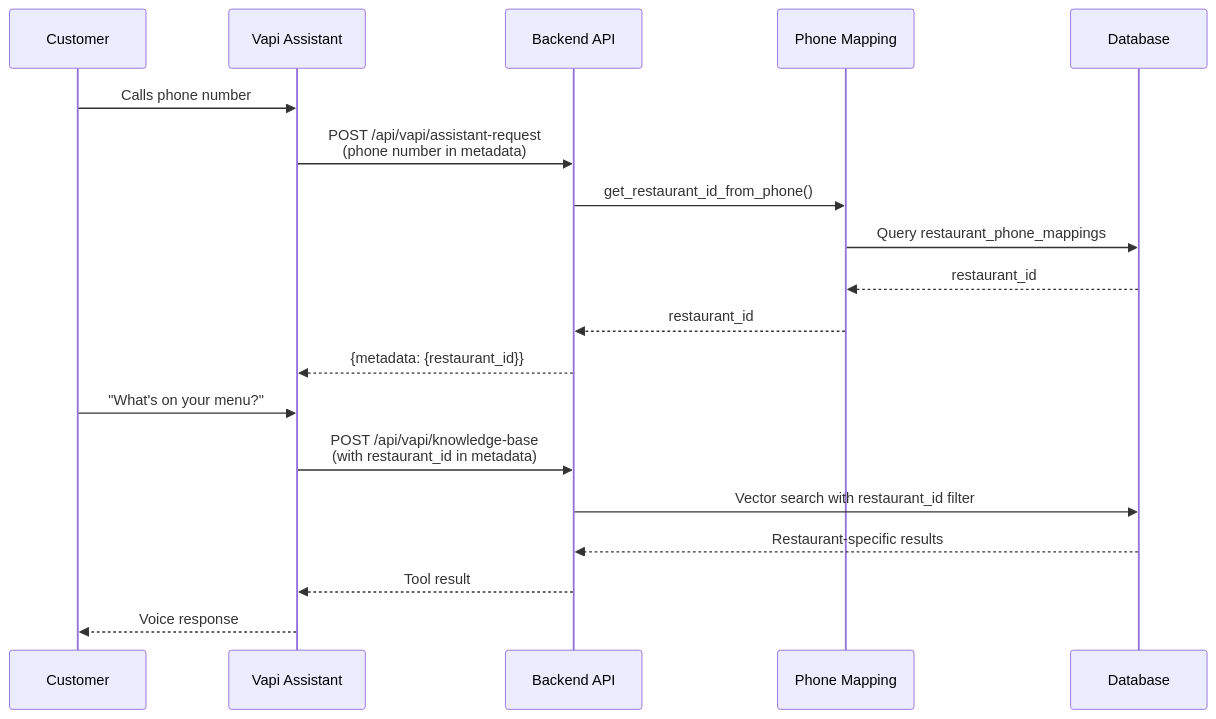
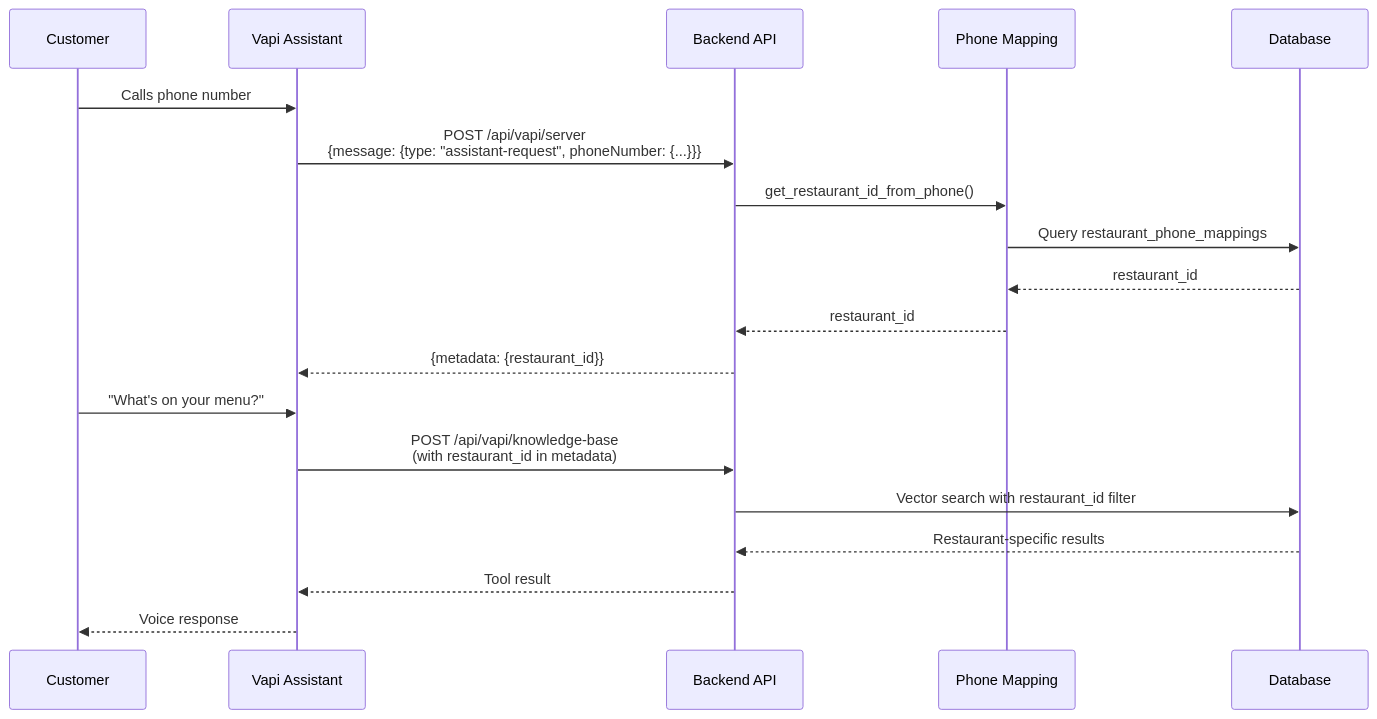
The second of 5 diagrams in backend/docs/ARCHITECTURE.md (StephaneWamba/CallEats), drawn with Mermaid before and after one commit. The commit also changed other lines of this file and 62 other files, not shown here.

````diff
--- a/backend/docs/ARCHITECTURE.md
+++ b/backend/docs/ARCHITECTURE.md
@@ -41,23 +41,23 @@
 ```mermaid
 sequenceDiagram
     participant C as Customer
     participant V as Vapi Assistant
     participant B as Backend API
     participant P as Phone Mapping
     participant D as Database
 
     C->>V: Calls phone number
-    V->>B: POST /api/vapi/assistant-request<br/>(phone number in metadata)
+    V->>B: POST /api/vapi/server<br/>{message: {type: "assistant-request", phoneNumber: {...}}}
     B->>P: get_restaurant_id_from_phone()
     P->>D: Query restaurant_phone_mappings
     D-->>P: restaurant_id
     P-->>B: restaurant_id
     B-->>V: {metadata: {restaurant_id}}
 
     C->>V: "What's on your menu?"
     V->>B: POST /api/vapi/knowledge-base<br/>(with restaurant_id in metadata)
     B->>D: Vector search with restaurant_id filter
     D-->>B: Restaurant-specific results
     B-->>V: Tool result
     V-->>C: Voice response
 ```
````
